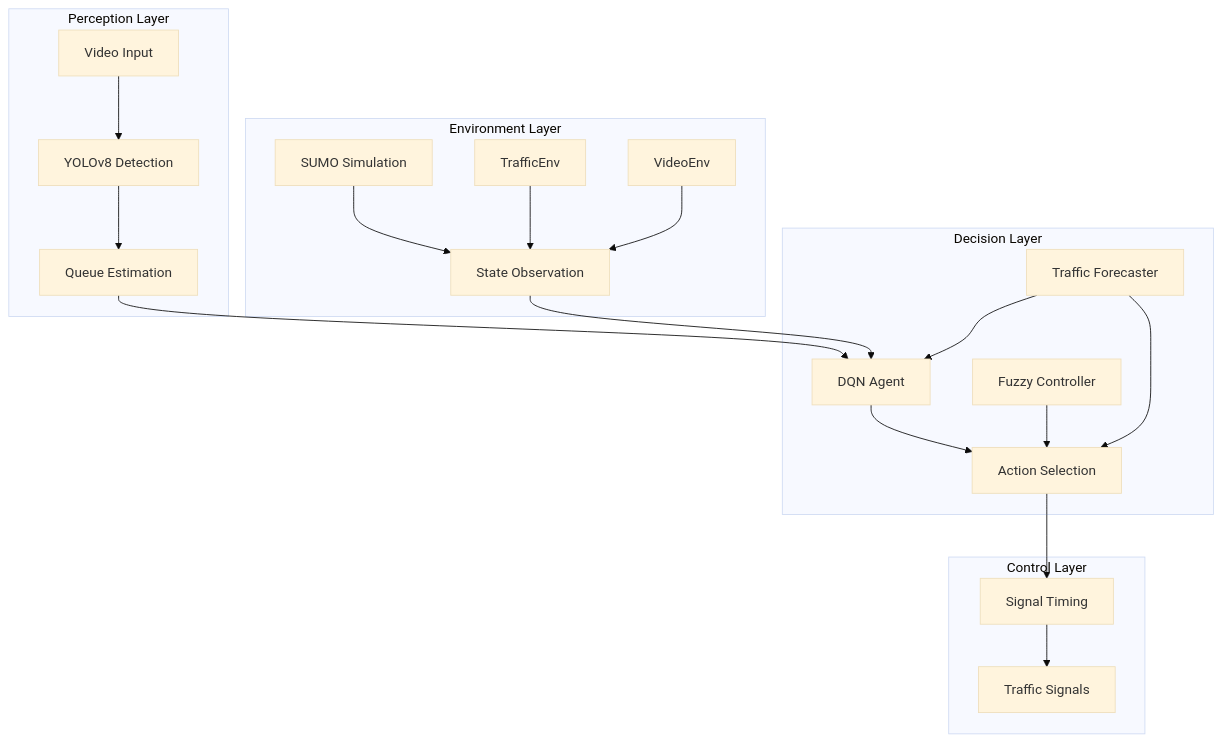
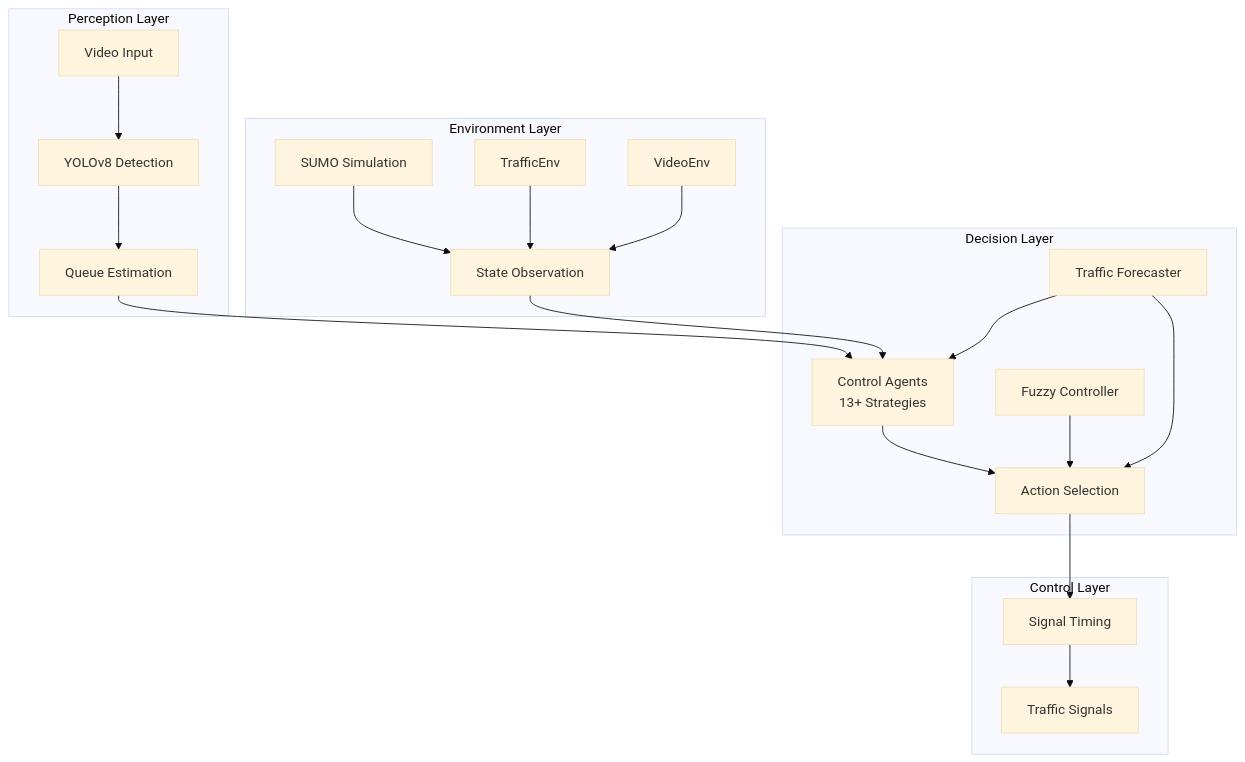
One commit to Bobbymkr/Projects changed the diagram in README_NEW.md. Above: the diagram before and after it, drawn with Mermaid (base theme). The commit also changed other lines of this file and 16 other files, not shown here.

````diff
--- a/README_NEW.md
+++ b/README_NEW.md
@@ -131,28 +138,28 @@
 ```mermaid
 graph TB
     subgraph "Perception Layer"
         A[Video Input] --> B[YOLOv8 Detection]
         B --> C[Queue Estimation]
     end
     
     subgraph "Environment Layer"
         D[SUMO Simulation] --> E[State Observation]
         F[TrafficEnv] --> E
         G[VideoEnv] --> E
     end
     
     subgraph "Decision Layer"
-        H[DQN Agent] --> I[Action Selection]
+        H[Control Agents<br/>13+ Strategies] --> I[Action Selection]
         J[Fuzzy Controller] --> I
         K[Traffic Forecaster] --> I
     end
     
     subgraph "Control Layer"
         I --> L[Signal Timing]
         L --> M[Traffic Signals]
     end
     
     C --> H
     E --> H
     K --> H
 ```
````
